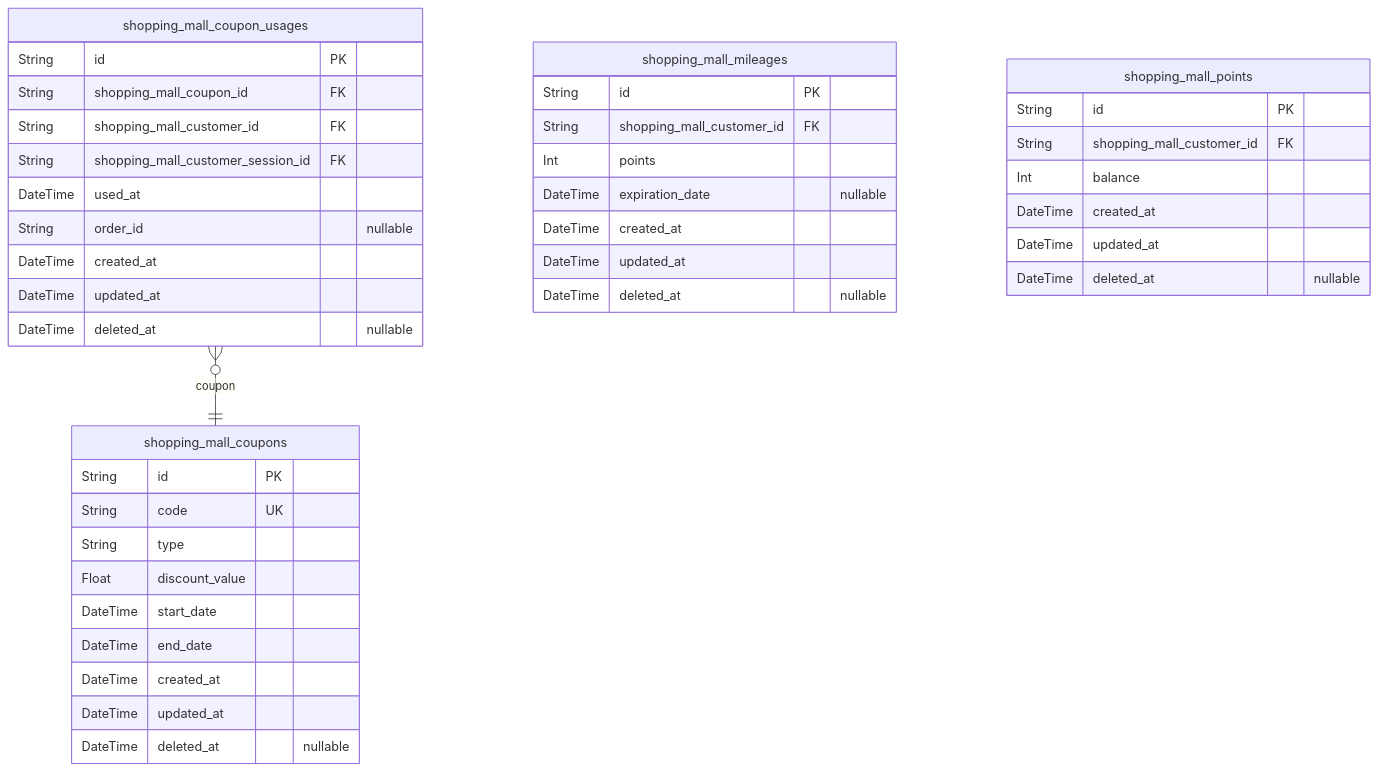
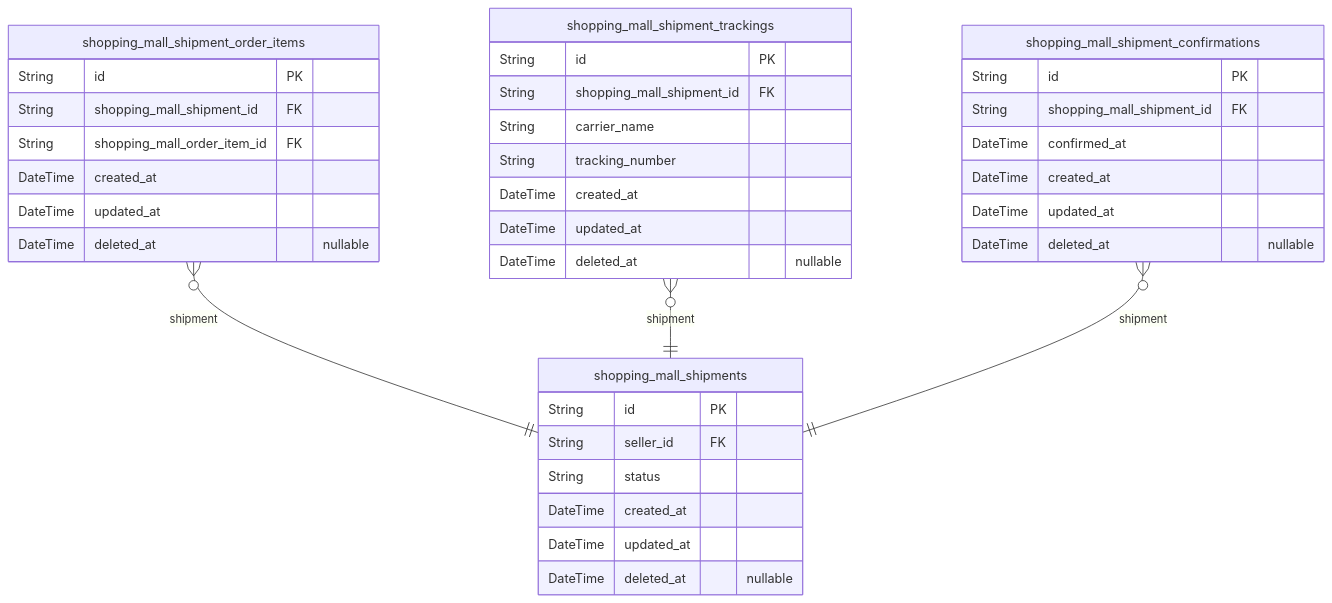
The sixth of 10 diagrams in openai/gpt-4.1-mini/shopping/docs/ERD.md (wrtnlabs/autobe-examples), drawn with Mermaid before and after one commit. The commit also changed other lines of this file and 23872 other files, not shown here.

````diff
--- a/openai/gpt-4.1-mini/shopping/docs/ERD.md
+++ b/openai/gpt-4.1-mini/shopping/docs/ERD.md
@@ -803,43 +1540,39 @@
 ```mermaid
 erDiagram
-"shopping_mall_coupons" {
+"shopping_mall_shipments" {
   String id PK
-  String code UK
-  String type
-  Float discount_value
-  DateTime start_date
-  DateTime end_date
+  String seller_id FK
+  String status
   DateTime created_at
   DateTime updated_at
   DateTime deleted_at "nullable"
 }
-"shopping_mall_coupon_usages" {
+"shopping_mall_shipment_order_items" {
   String id PK
-  String shopping_mall_coupon_id FK
-  String shopping_mall_customer_id FK
-  String shopping_mall_customer_session_id FK
-  DateTime used_at
-  String order_id "nullable"
+  String shopping_mall_shipment_id FK
+  String shopping_mall_order_item_id FK
   DateTime created_at
   DateTime updated_at
   DateTime deleted_at "nullable"
 }
-"shopping_mall_mileages" {
+"shopping_mall_shipment_trackings" {
   String id PK
-  String shopping_mall_customer_id FK
-  Int points
-  DateTime expiration_date "nullable"
+  String shopping_mall_shipment_id FK
+  String carrier_name
+  String tracking_number
   DateTime created_at
   DateTime updated_at
   DateTime deleted_at "nullable"
 }
-"shopping_mall_points" {
+"shopping_mall_shipment_confirmations" {
   String id PK
-  String shopping_mall_customer_id FK
-  Int balance
+  String shopping_mall_shipment_id FK
+  DateTime confirmed_at
   DateTime created_at
   DateTime updated_at
   DateTime deleted_at "nullable"
 }
-"shopping_mall_coupon_usages" }o--|| "shopping_mall_coupons" : coupon
+"shopping_mall_shipment_order_items" }o--|| "shopping_mall_shipments" : shipment
+"shopping_mall_shipment_trackings" }o--|| "shopping_mall_shipments" : shipment
+"shopping_mall_shipment_confirmations" }o--|| "shopping_mall_shipments" : shipment
 ```
````
